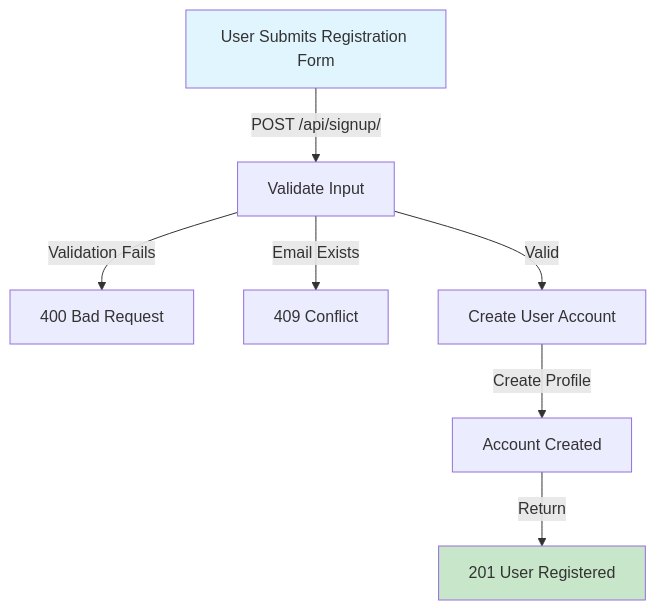
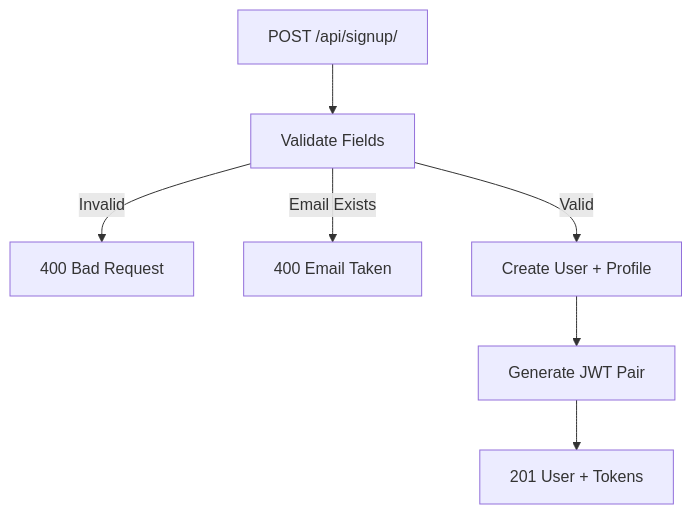
The second of 13 diagrams in API_SCHEMAS.md (RadiantVixen/music-room), drawn with Mermaid before and after one commit. The commit also changed other lines of this file and 65 other files, not shown here.

````diff
--- a/API_SCHEMAS.md
+++ b/API_SCHEMAS.md
@@ -157,12 +164,9 @@
 ```mermaid
 graph TD
-    A["User Submits Registration Form"] -->|POST /api/signup/| B["Validate Input"]
-    B -->|Validation Fails| C["400 Bad Request"]
-    B -->|Email Exists| D["409 Conflict"]
-    B -->|Valid| E["Create User Account"]
-    E -->|Create Profile| F["Account Created"]
-    F -->|Return| G["201 User Registered"]
-    
-    style A fill:#e1f5ff
-    style G fill:#c8e6c9
+    A["POST /api/signup/"] --> B["Validate Fields"]
+    B -->|Invalid| C["400 Bad Request"]
+    B -->|Email Exists| D["400 Email Taken"]
+    B -->|Valid| E["Create User + Profile"]
+    E --> F["Generate JWT Pair"]
+    F --> G["201 User + Tokens"]
 ```
````
